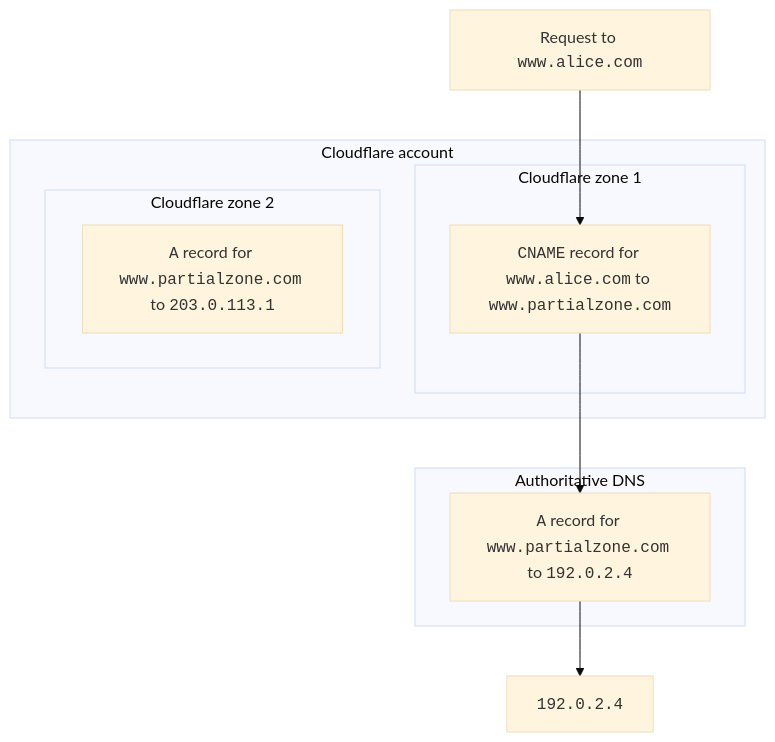
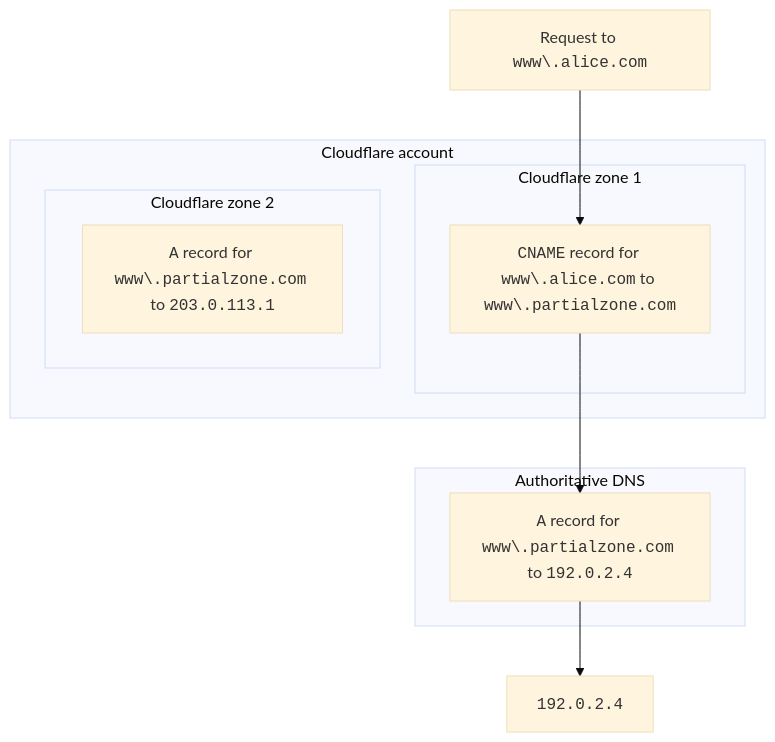
One commit to rdhanarot/cloudflare-docs changed the third of 3 diagrams in src/content/docs/dns/zone-setups/partial-setup/dns-resolution.mdx. Above: the diagram before and after it, drawn with Mermaid (base theme).

Commit message:
[DNS] Fix mermaid diagram in dns-resolution.mdx (#20580)
fixed broken domain names due to mermaid trying to resolve them as links. escaped . following www

````diff
--- a/src/content/docs/dns/zone-setups/partial-setup/dns-resolution.mdx
+++ b/src/content/docs/dns/zone-setups/partial-setup/dns-resolution.mdx
@@ -70,18 +70,18 @@
 ```mermaid
     flowchart TD
       accTitle: DNS resolution flow with CNAME target in a zone within the same account
-      A[Request to <code>www.alice.com</code>] --> B[<code>CNAME</code> record for <code>www.alice.com</code> to <code>www.partialzone.com</code>]
-      B --> C[<code>A</code> record for <code>www.partialzone.com</code> to <code>192.0.2.4</code>]
+      A[Request to <code>www\.alice.com</code>] --> B[<code>CNAME</code> record for <code>www\.alice.com</code> to <code>www\.partialzone.com</code>]
+      B --> C[<code>A</code> record for <code>www\.partialzone.com</code> to <code>192.0.2.4</code>]
       C --> D[<code>192.0.2.4</code>]
       subgraph Cloudflare account
         subgraph Cloudflare zone 1
           B
         end
         subgraph Cloudflare zone 2
-        E[<code>A</code> record for <code>www.partialzone.com</code> to <code>203.0.113.1</code>]
+        E[<code>A</code> record for <code>www\.partialzone.com</code> to <code>203.0.113.1</code>]
         end
       end
       subgraph Authoritative DNS
       C
       end
 ```
````
